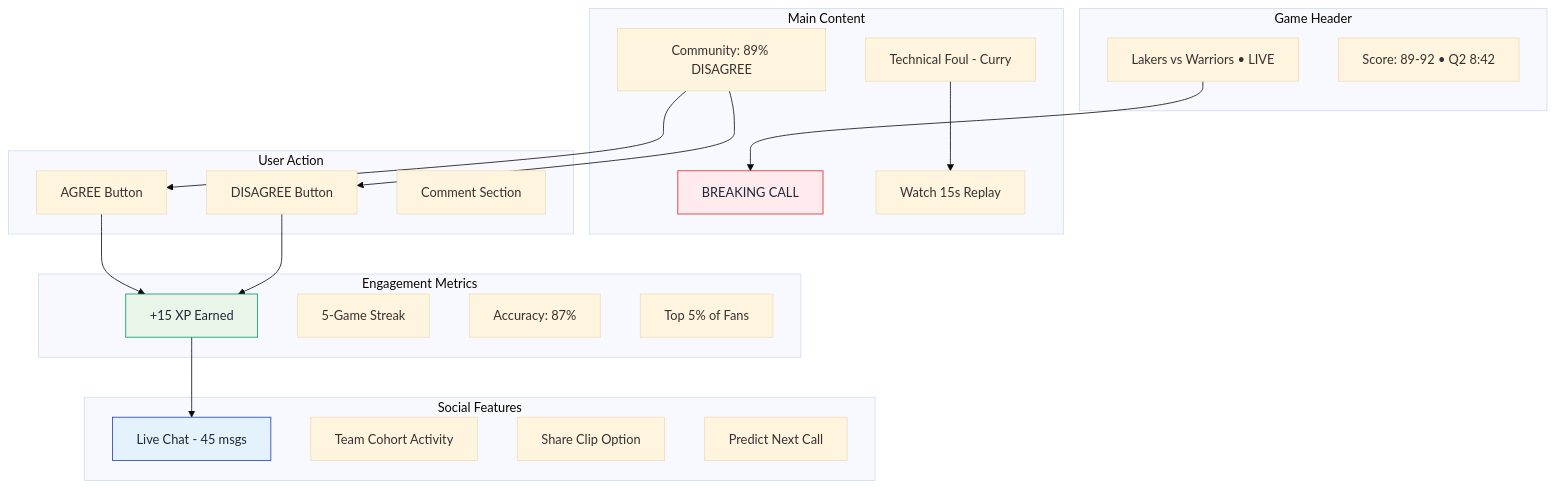
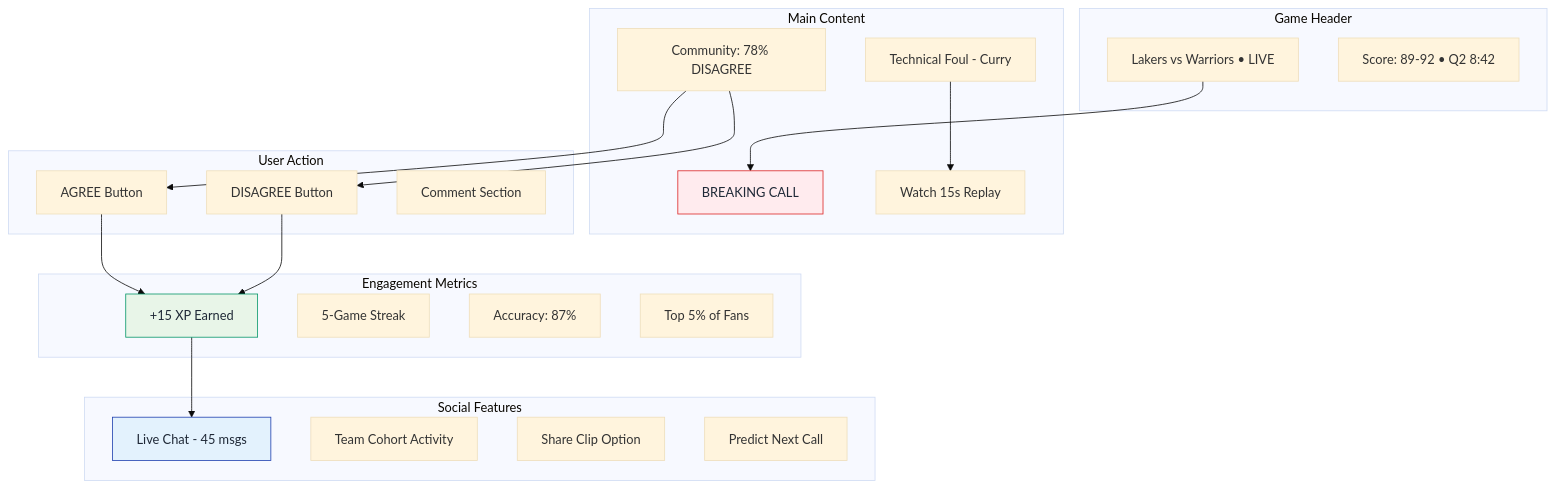
The fourth of 9 diagrams in docs/investor-flows.md (SkaFld-Ignite/ref-u-wireframes), drawn with Mermaid (base theme) before and after one commit. The commit also changed other lines of this file, not shown here.

Commit message:
Add comprehensive citations and realistic statistics to investor flows

````diff
--- a/docs/investor-flows.md
+++ b/docs/investor-flows.md
@@ -143,46 +178,46 @@
 ```mermaid
 graph TB
     subgraph "Game Header"
         A1[Lakers vs Warriors • LIVE]
         A2[Score: 89-92 • Q2 8:42]
     end
     
     subgraph "Main Content"
         B1[BREAKING CALL]
         B2[Technical Foul - Curry]
         B3[Watch 15s Replay]
-        B4[Community: 89% DISAGREE]
+        B4[Community: 78% DISAGREE]
     end
     
     subgraph "User Action"
         C1[AGREE Button]
         C2[DISAGREE Button]
         C3[Comment Section]
     end
     
     subgraph "Engagement Metrics"
         D1[+15 XP Earned]
         D2[5-Game Streak]
         D3[Accuracy: 87%]
         D4[Top 5% of Fans]
     end
     
     subgraph "Social Features"
         E1[Live Chat - 45 msgs]
         E2[Team Cohort Activity]
         E3[Share Clip Option]
         E4[Predict Next Call]
     end
     
     A1 --> B1
     B2 --> B3
     B4 --> C1
     B4 --> C2
     C1 --> D1
     C2 --> D1
     D1 --> E1
     
     style B1 fill:#ffebee,stroke:#dc2626,color:#1f2937
     style D1 fill:#e8f5e8,stroke:#059669,color:#1f2937
     style E1 fill:#e3f2fd,stroke:#1e40af,color:#1f2937
 ```
````
